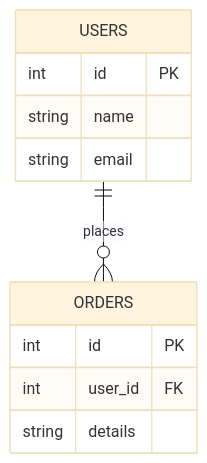
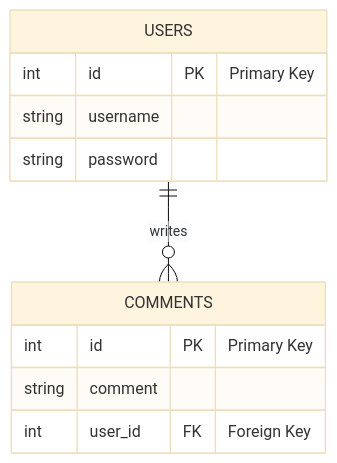
One commit to hambern/datakurser changed the first of 4 diagrams in webbserverprogrammering_1/lektioner/skapa_databaser/README.md. Above: the diagram before and after it, drawn with Mermaid (base theme). The commit also changed other lines of this file, not shown here.

````diff
--- a/webbserverprogrammering_1/lektioner/skapa_databaser/README.md
+++ b/webbserverprogrammering_1/lektioner/skapa_databaser/README.md
@@ -144,14 +80,14 @@
-```mermaid
+~~~mermaid
 erDiagram
-    USERS ||--o{ ORDERS : places
+    USERS ||--o{ COMMENTS : writes
     USERS {
-        int id PK
-        string name
-        string email
+        int id PK "Primary Key"
+        string username
+        string password
     }
-    ORDERS {
-        int id PK
-        int user_id FK
-        string details
+    COMMENTS {
+        int id PK "Primary Key"
+        string comment
+        int user_id FK "Foreign Key"
     }
-```
+~~~
````
